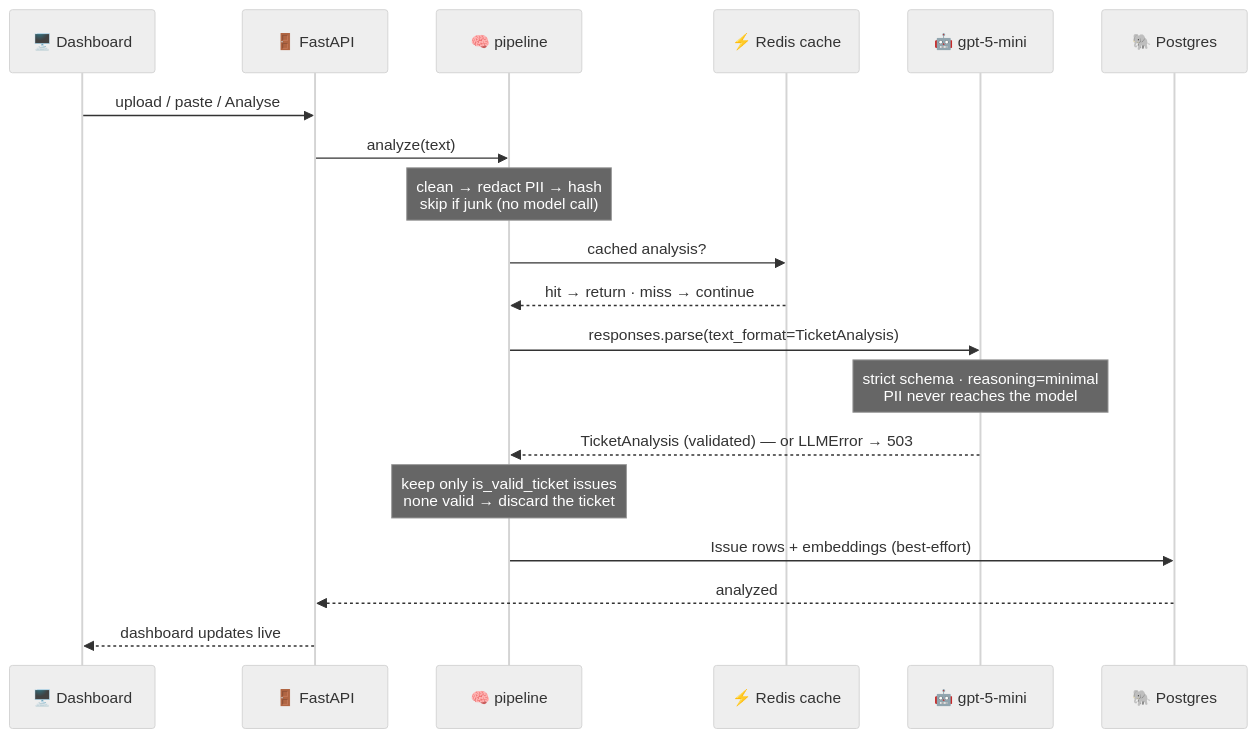
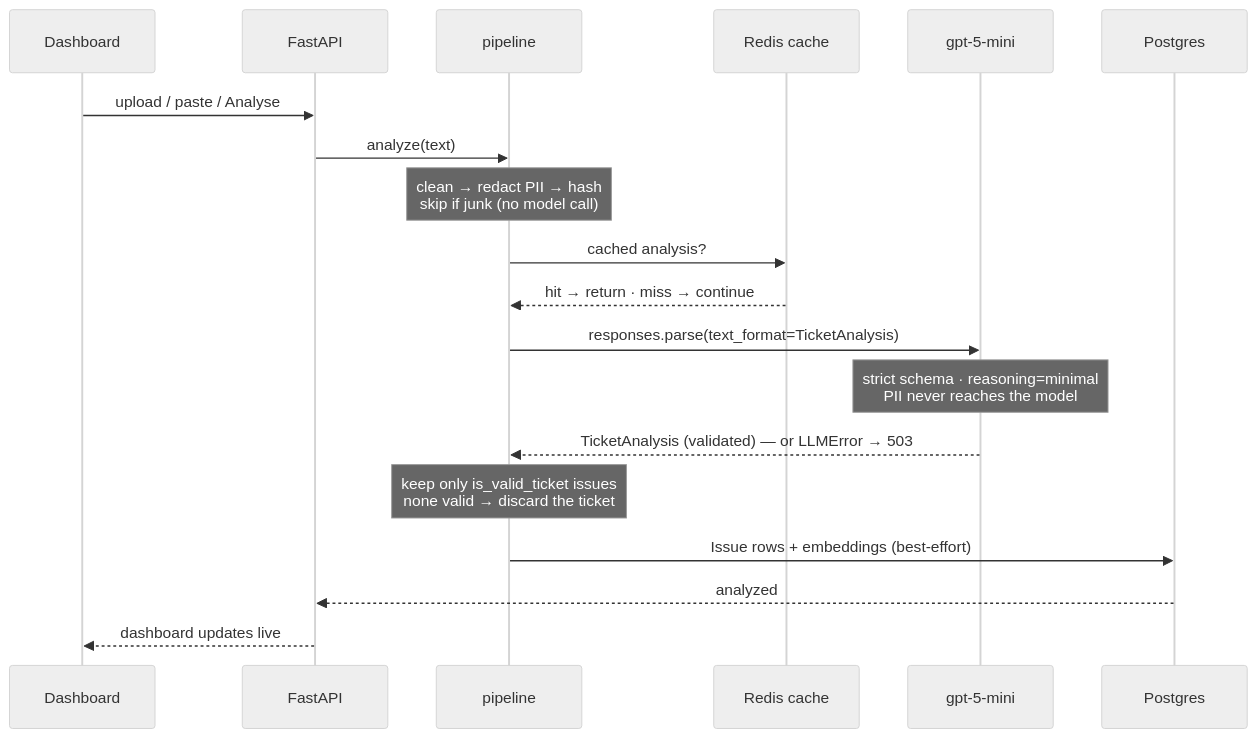
Before and after one commit to shahbhavya7/PulseAI: the second of 3 diagrams in README.md, drawn with Mermaid (neutral theme). The commit also changed other lines of this file, not shown here.

````diff
--- a/README.md
+++ b/README.md
@@ -88,22 +100,22 @@
 ```mermaid
 sequenceDiagram
-    participant U as 🖥️ Dashboard
-    participant A as 🚪 FastAPI
-    participant P as 🧠 pipeline
-    participant C as ⚡ Redis cache
-    participant M as 🤖 gpt-5-mini
-    participant D as 🐘 Postgres
+    participant U as Dashboard
+    participant A as FastAPI
+    participant P as pipeline
+    participant C as Redis cache
+    participant M as gpt-5-mini
+    participant D as Postgres
 
     U->>A: upload / paste / Analyse
     A->>P: analyze(text)
     Note over P: clean → redact PII → hash<br/>skip if junk (no model call)
     P->>C: cached analysis?
     C-->>P: hit → return · miss → continue
     P->>M: responses.parse(text_format=TicketAnalysis)
     Note over M: strict schema · reasoning=minimal<br/>PII never reaches the model
     M-->>P: TicketAnalysis (validated) — or LLMError → 503
     Note over P: keep only is_valid_ticket issues<br/>none valid → discard the ticket
     P->>D: Issue rows + embeddings (best-effort)
     D-->>A: analyzed
     A-->>U: dashboard updates live
 ```
````
